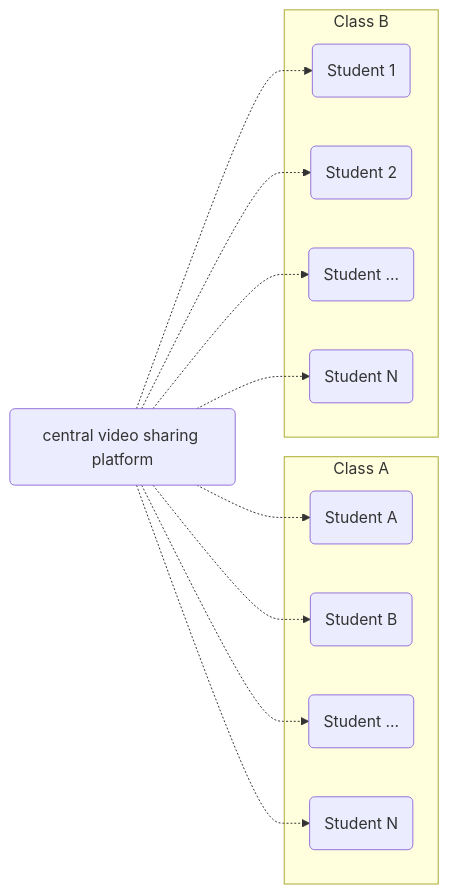
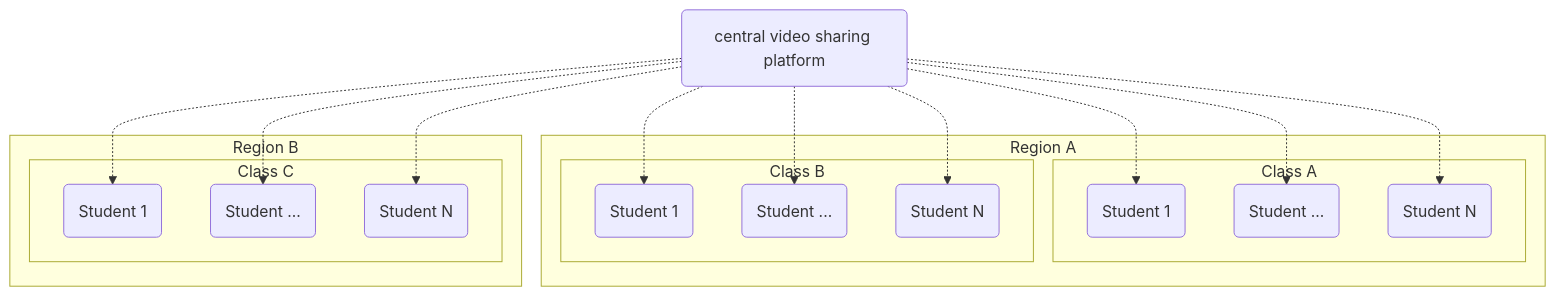
Before and after one commit to ourworldventures/ourworld_books_OLD: the first of 2 diagrams in docs/feasibility_study/src/Capabilities/Education.md, drawn with Mermaid. The commit also changed other lines of this file and 4 other files, not shown here.

````diff
--- a/docs/feasibility_study/src/Capabilities/Education.md
+++ b/docs/feasibility_study/src/Capabilities/Education.md
@@ -18,31 +18,39 @@
 ```mermaid
-graph LR
-    VIDEOPLATFORM .-> INDIVIDUALA
-    VIDEOPLATFORM .-> INDIVIDUALB
-    VIDEOPLATFORM .-> INDIVIDUALC
-    VIDEOPLATFORM .-> INDIVIDUALD
+graph TD
+
     
-    subgraph Class A
-    INDIVIDUALA(Student A)
-    INDIVIDUALB(Student B)
-    INDIVIDUALH(Student ...)
-    INDIVIDUALI(Student N)
+    subgraph Region A
+        subgraph Class A
+            INDIVIDUALA(Student 1)
+            INDIVIDUALB(Student ...)
+            INDIVIDUALC(Student N)
+        end
+        subgraph Class B
+            INDIVIDUALD(Student 1)
+            INDIVIDUALE(Student ...)
+            INDIVIDUALF(Student N)
+        end
     end
     
     VIDEOPLATFORM(central video sharing platform)
     
-    subgraph Class B
-    INDIVIDUALC(Student 1)
-    INDIVIDUALD(Student 2)
-    INDIVIDUALJ(Student ...)
-    INDIVIDUALK(Student N)
+    subgraph Region B
+        subgraph Class C
+            INDIVIDUALG(Student 1)
+            INDIVIDUALH(Student ...)
+            INDIVIDUALI(Student N)
+        end
     end
 
+    VIDEOPLATFORM .-> INDIVIDUALA
+    VIDEOPLATFORM .-> INDIVIDUALB
+    VIDEOPLATFORM .-> INDIVIDUALC
 
+    VIDEOPLATFORM .-> INDIVIDUALD
+    VIDEOPLATFORM .-> INDIVIDUALE
+    VIDEOPLATFORM .-> INDIVIDUALF
 
+    VIDEOPLATFORM .-> INDIVIDUALG
     VIDEOPLATFORM .-> INDIVIDUALH
     VIDEOPLATFORM .-> INDIVIDUALI
-    VIDEOPLATFORM .-> INDIVIDUALJ
-    VIDEOPLATFORM .-> INDIVIDUALK
-
 ```
````
